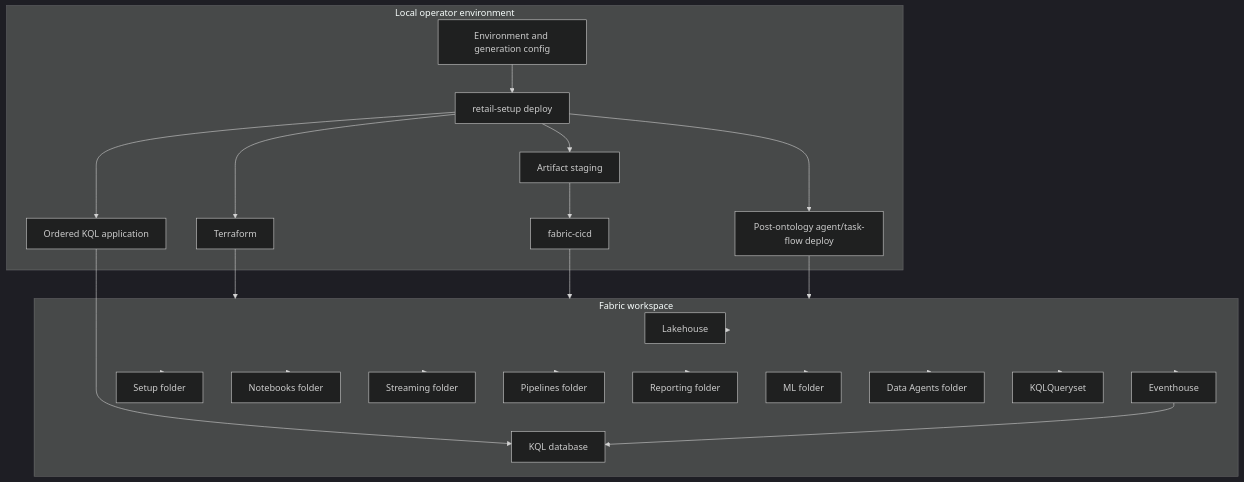
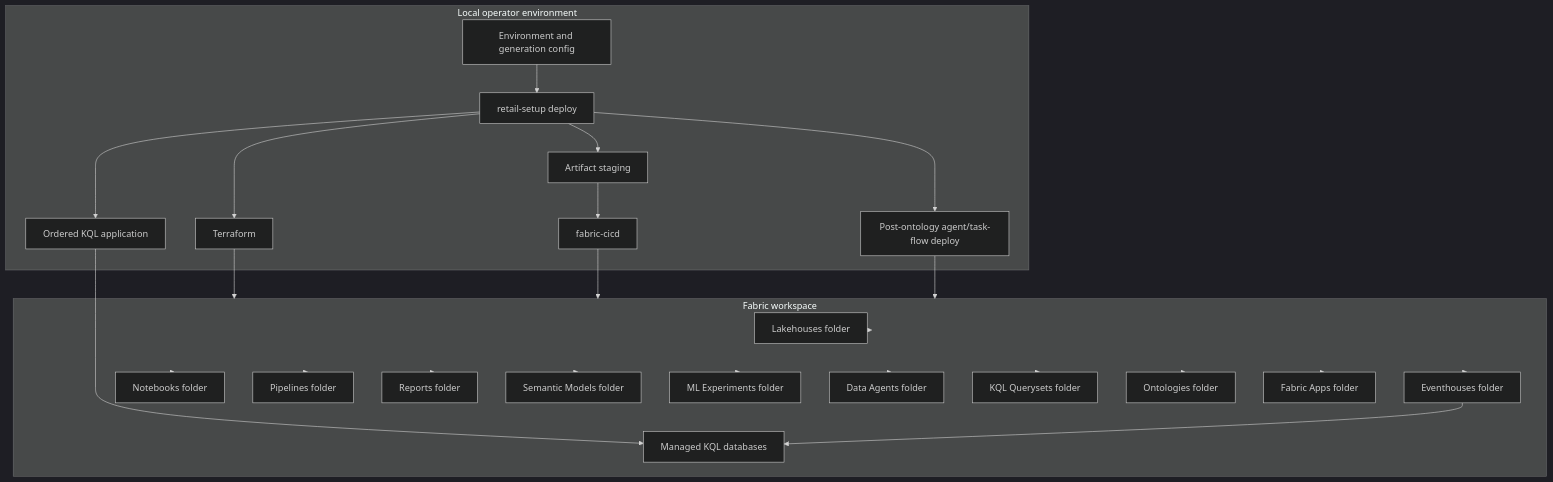
The diagram in docs/design/architecture/infrastructure.md (amattas/retail-demo), drawn with Mermaid (dark theme) before and after one commit. The commit also changed other lines of this file and 78 other files, not shown here.

````diff
--- a/docs/design/architecture/infrastructure.md
+++ b/docs/design/architecture/infrastructure.md
@@ -5,42 +5,44 @@
 ```mermaid
 flowchart TB
     subgraph Local[Local operator environment]
         Config[Environment and generation config]
         CLI[retail-setup deploy]
         TF[Terraform]
         Stage[Artifact staging]
         Publish[fabric-cicd]
         KQL[Ordered KQL application]
         PostOntology[Post-ontology agent/task-flow deploy]
     end
 
     subgraph Workspace[Fabric workspace]
-        LH[Lakehouse]
-        EH[Eventhouse]
-        KDB[KQL database]
-        Setup[Setup folder]
+        LH[Lakehouses folder]
+        EH[Eventhouses folder]
+        KDB[Managed KQL databases]
         Notebooks[Notebooks folder]
-        Streaming[Streaming folder]
         Pipelines[Pipelines folder]
-        Reporting[Reporting folder]
-        ML[ML folder]
+        Reports[Reports folder]
+        Models[Semantic Models folder]
+        ML[ML Experiments folder]
         DataAgents[Data Agents folder]
-        Queryset[KQLQueryset]
+        Queryset[KQL Querysets folder]
+        Ontologies[Ontologies folder]
+        Apps[Fabric Apps folder]
     end
 
     Config --> CLI
     CLI --> TF --> Workspace
     CLI --> Stage --> Publish --> Workspace
     CLI --> KQL --> KDB
     CLI --> PostOntology --> Workspace
     Workspace --> LH
     Workspace --> EH --> KDB
-    Workspace --> Setup
     Workspace --> Notebooks
-    Workspace --> Streaming
     Workspace --> Pipelines
-    Workspace --> Reporting
+    Workspace --> Reports
+    Workspace --> Models
     Workspace --> ML
     Workspace --> DataAgents
     Workspace --> Queryset
+    Workspace --> Ontologies
+    Workspace --> Apps
 ```
````
